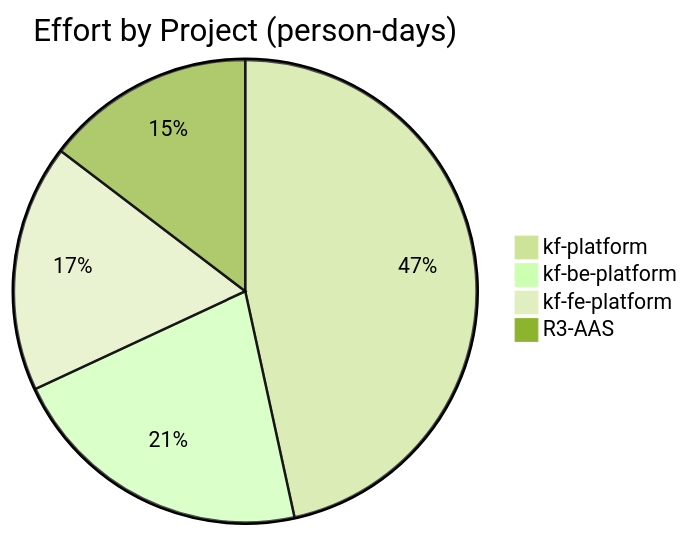
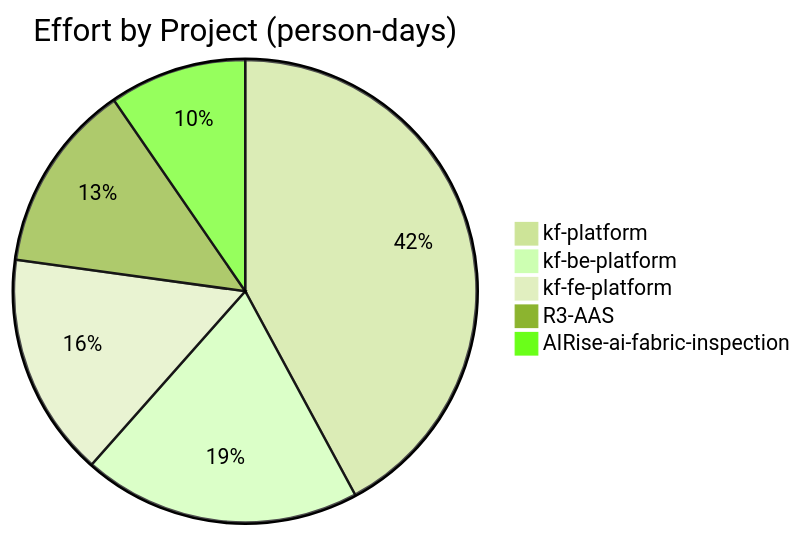
One commit to Katty-Fashion/kf-cpto changed the first of 6 diagrams in docs/unified-calendar.md. Above: the diagram before and after it, drawn with Mermaid (forest theme). The commit also changed other lines of this file and 52 other files, not shown here.

````diff
--- a/docs/unified-calendar.md
+++ b/docs/unified-calendar.md
@@ -10,7 +10,8 @@
 ```mermaid
 pie title Effort by Project (person-days)
     "kf-platform" : 167.0
     "kf-be-platform" : 77.0
     "kf-fe-platform" : 62.0
     "R3-AAS" : 52.5
+    "AIRise-ai-fabric-inspection" : 38.0
 ```
````
